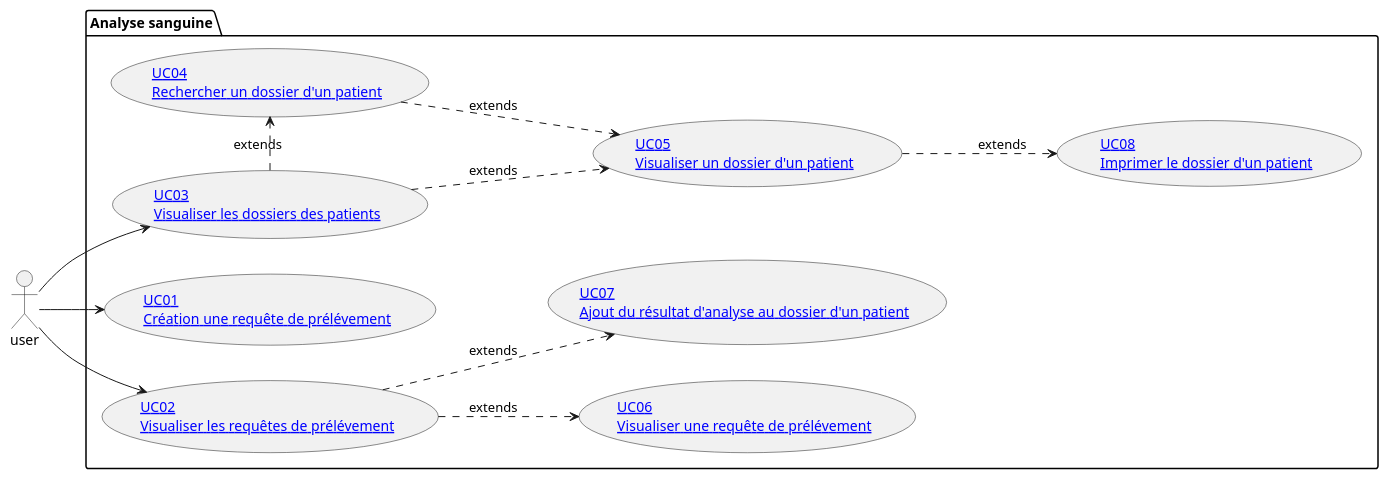
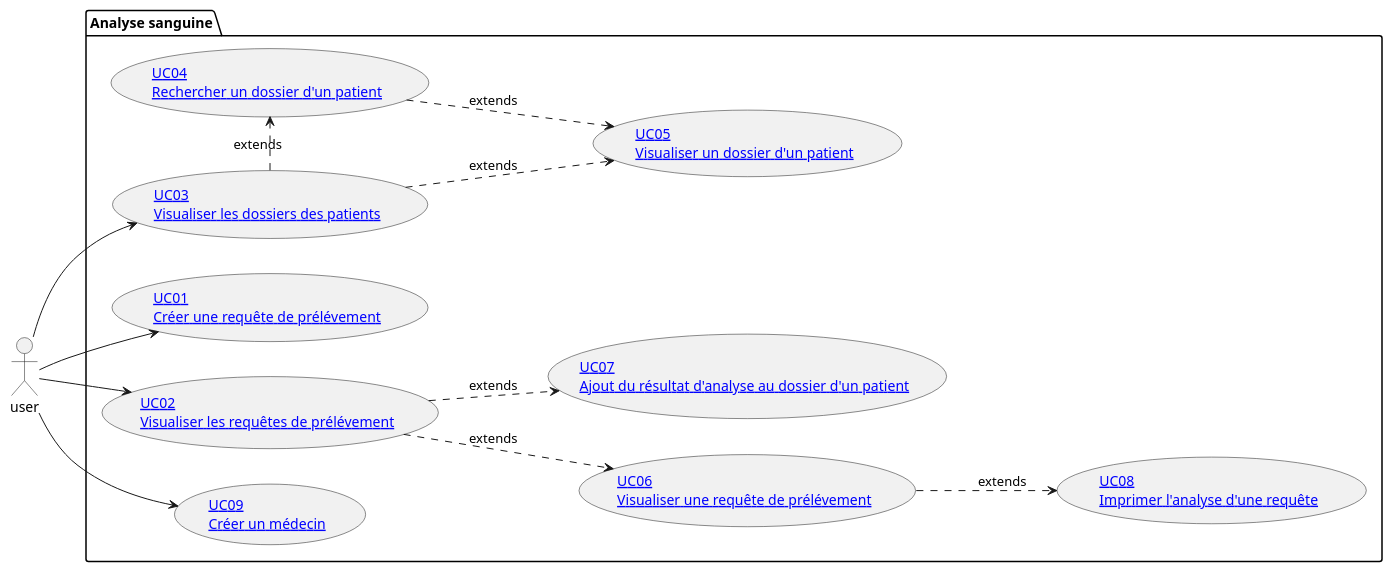
One commit to MainKarl/Rooftop changed the diagram in Docs/Analyse_Sanguine/1_Analyse/UsesCases/index.md. Above: the diagram before and after it, drawn with PlantUML. The commit also changed 4 other files, not shown here.

Commit message:
Ajout du début du diagramme de robustesse, ajout d'hypothèses et modifications des use cases

````diff
--- a/Docs/Analyse_Sanguine/1_Analyse/UsesCases/index.md
+++ b/Docs/Analyse_Sanguine/1_Analyse/UsesCases/index.md
@@ -3,34 +3,37 @@
 ```plantuml
 @startuml
 left to right direction
 actor user as user
 
 package "Analyse sanguine"{
-    usecase ([[#!UseCases/UC01.md UC01\nCréation une requête de prélévement]]) as UC01
+    usecase ([[#!UseCases/UC01.md UC01\nCréer une requête de prélévement]]) as UC01
 
     usecase ([[#!UseCases/UC02.md UC02\nVisualiser les requêtes de prélévement]]) as UC02
 
     usecase ([[#!UseCases/UC03.md UC03\nVisualiser les dossiers des patients]]) as UC03
 
     usecase ([[#!UseCases/UC04.md UC04\nRechercher un dossier d'un patient]]) as UC04
 
     usecase ([[#!UseCases/UC05.md UC05\nVisualiser un dossier d'un patient]]) as UC05
 
     usecase ([[#!UseCases/UC06.md UC06\nVisualiser une requête de prélévement]]) as UC06
 
     usecase ([[#!UseCases/UC07.md UC07\nAjout du résultat d'analyse au dossier d'un patient]]) as UC07
 
-    usecase ([[#!UseCases/UC08.md UC08\nImprimer le dossier d'un patient]]) as UC08
+    usecase ([[#!UseCases/UC08.md UC08\nImprimer l'analyse d'une requête]]) as UC08
+
+    usecase ([[#!UseCases/UC09.md UC09\nCréer un médecin]]) as UC09
 
     UC02 ..> UC06 : extends
     UC03 .> UC04 : extends
     UC03 ..> UC05 : extends
     UC04 ..> UC05 : extends
-    UC05 ..> UC08 : extends
+    UC06 ..> UC08 : extends
     UC02 ..> UC07 : extends
 }
 
 user --> UC01
 user --> UC02
 user --> UC03
+user --> UC09
 ```
````
